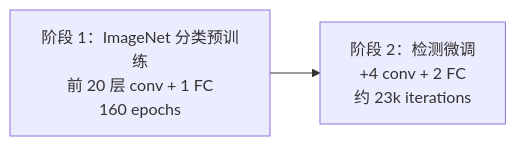
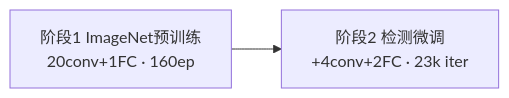
One commit to yejinlei/agent-yolo changed the fifth of 8 diagrams in docs/versions/v1/paper.md. Above: the diagram before and after it, drawn with Mermaid. The commit also changed other lines of this file and 3 other files, not shown here.

First line of the commit message:
全站 mermaid 文字截断修复：fontSize 14→12px + padding 12→14 + v1 长节点拆短

````diff
--- a/docs/versions/v1/paper.md
+++ b/docs/versions/v1/paper.md
@@ -194,4 +194,4 @@
 ```mermaid
 flowchart LR
-    A["阶段 1：ImageNet 分类预训练<br/>前 20 层 conv + 1 FC<br/>160 epochs"] --> B["阶段 2：检测微调<br/>+4 conv + 2 FC<br/>约 23k iterations"]
+    A["阶段1 ImageNet预训练<br/>20conv+1FC · 160ep"] --> B["阶段2 检测微调<br/>+4conv+2FC · 23k iter"]
 ```
````
